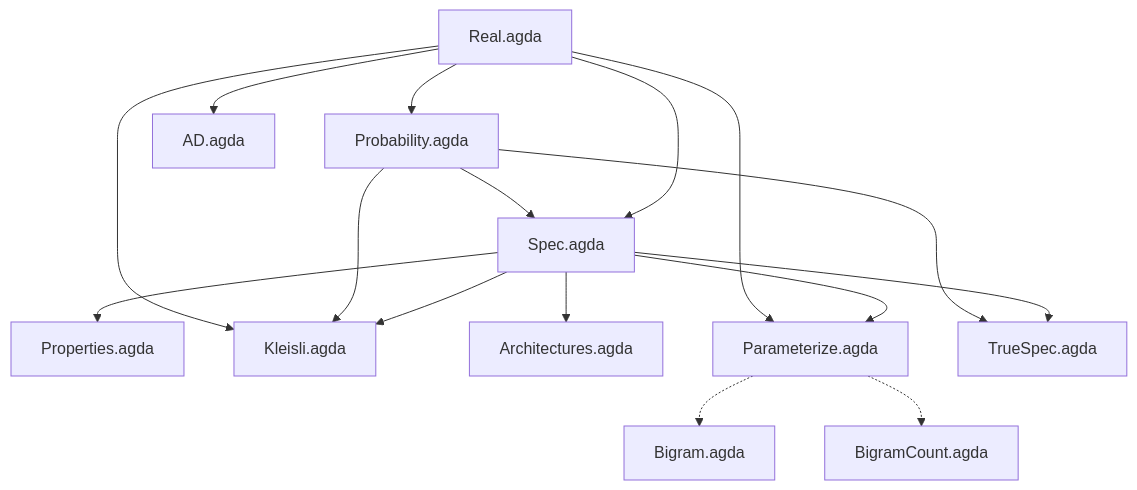
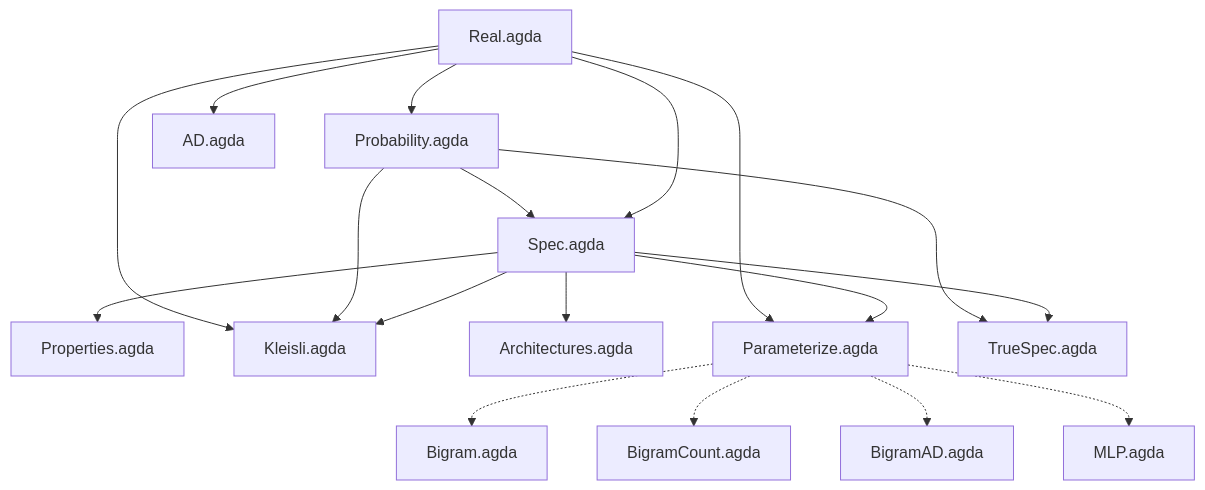
The diagram in README.md (stevekrouse/denotational-llm), drawn with Mermaid before and after one commit. The commit also changed other lines of this file and 1 other file, not shown here.

Commit message:
Update docs for BigramAD and MLP modules

````diff
--- a/README.md
+++ b/README.md
@@ -34,18 +34,20 @@
 ```mermaid
 graph TD
     R[Real.agda] --> P[Probability.agda]
     R --> S[Spec.agda]
     P --> S
     S --> Pr[Properties.agda]
     S --> K[Kleisli.agda]
     P --> K
     R --> K
     S --> Ar[Architectures.agda]
     R --> AD[AD.agda]
     S --> Pa[Parameterize.agda]
     R --> Pa
     S --> TS[TrueSpec.agda]
     P --> TS
     Pa -.-> B[Bigram.agda]
     Pa -.-> BC[BigramCount.agda]
+    Pa -.-> BAD[BigramAD.agda]
+    Pa -.-> MLP[MLP.agda]
 ```
````
